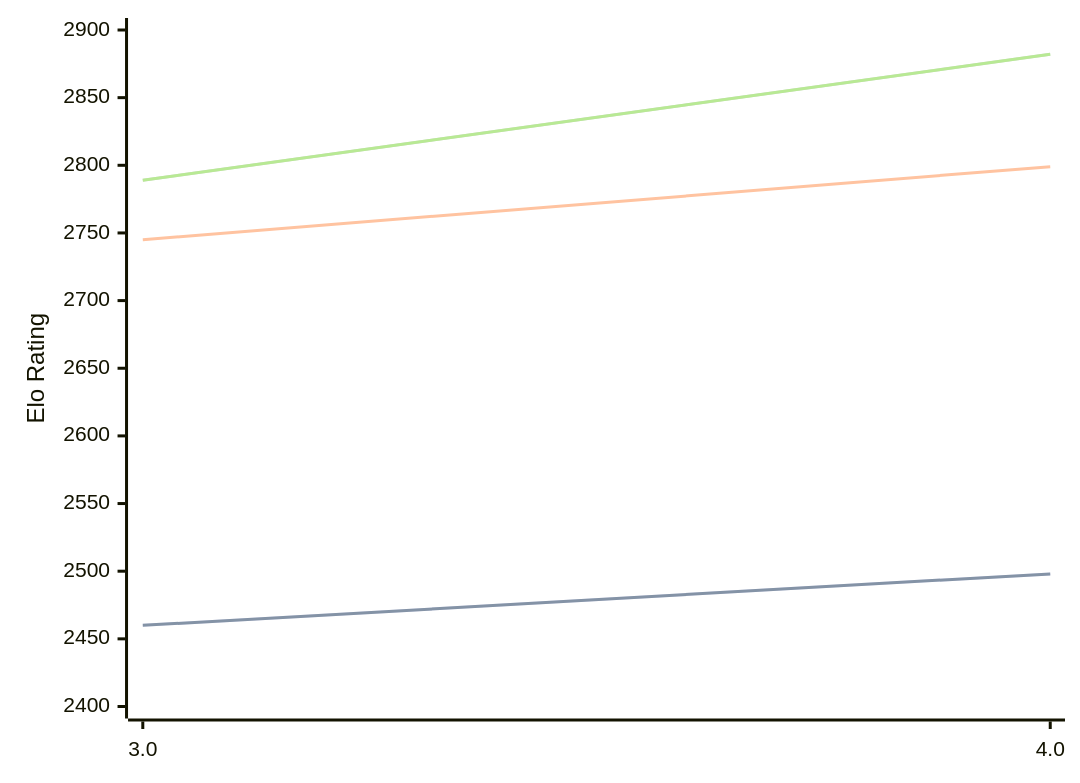
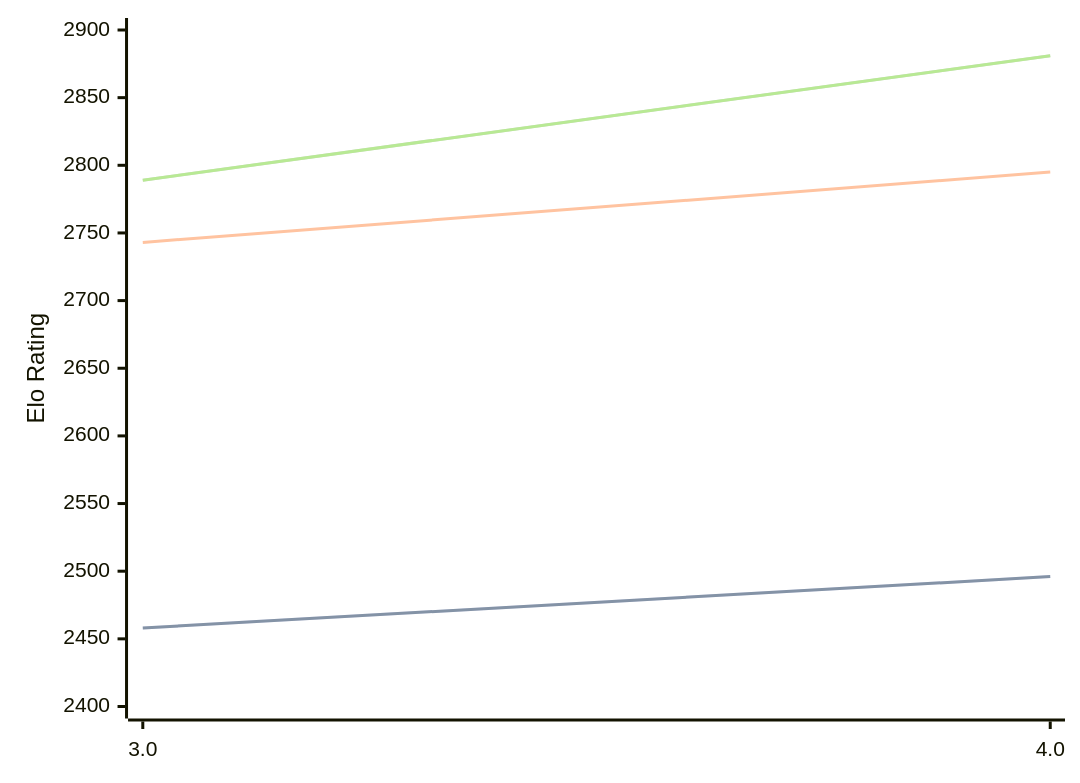
Before and after one commit to computer-chess-index/cci: the diagram in engines/Chess3.md, drawn with Mermaid. The commit also changed other lines of this file, not shown here.

Commit message:
Update CCI Ratings (ELO VLTC) - 2026-08-04

````diff
--- a/engines/Chess3.md
+++ b/engines/Chess3.md
@@ -34,11 +34,11 @@
 ```mermaid
 %%{init: {"theme":"base","themeVariables":{"seriesColors:['#a3a3a3','#222221','#faa371']}}}%%
 xychart-beta
   x-axis ["3.0", "4.0"]
   y-axis "Elo Rating" 2400 --> 2900
-  line "STC (8.0+0.08s)" [2460, 2498]
-  line "STC (8.0+0.08s)" [2460, 2498]
-  line "LTC (60.0+0.60s)" [2745, 2799]
-  line "VLTC (2m24s+1.12s)" [2789, 2882]
-  line "VLTC (2m24s+1.12s)" [2789, 2882]
+  line "STC (8.0+0.08s)" [2458, 2496]
+  line "STC (8.0+0.08s)" [2458, 2496]
+  line "LTC (60.0+0.60s)" [2743, 2795]
+  line "VLTC (2m24s+1.12s)" [2789, 2881]
+  line "VLTC (2m24s+1.12s)" [2789, 2881]
 ```
````
